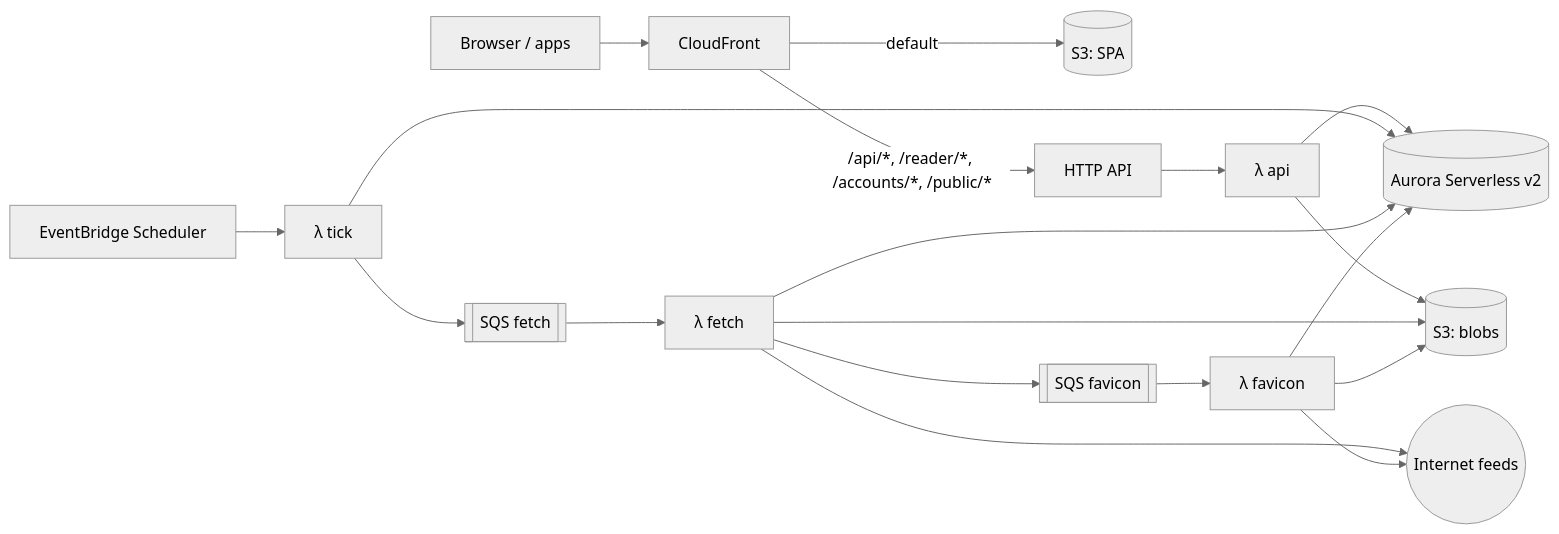
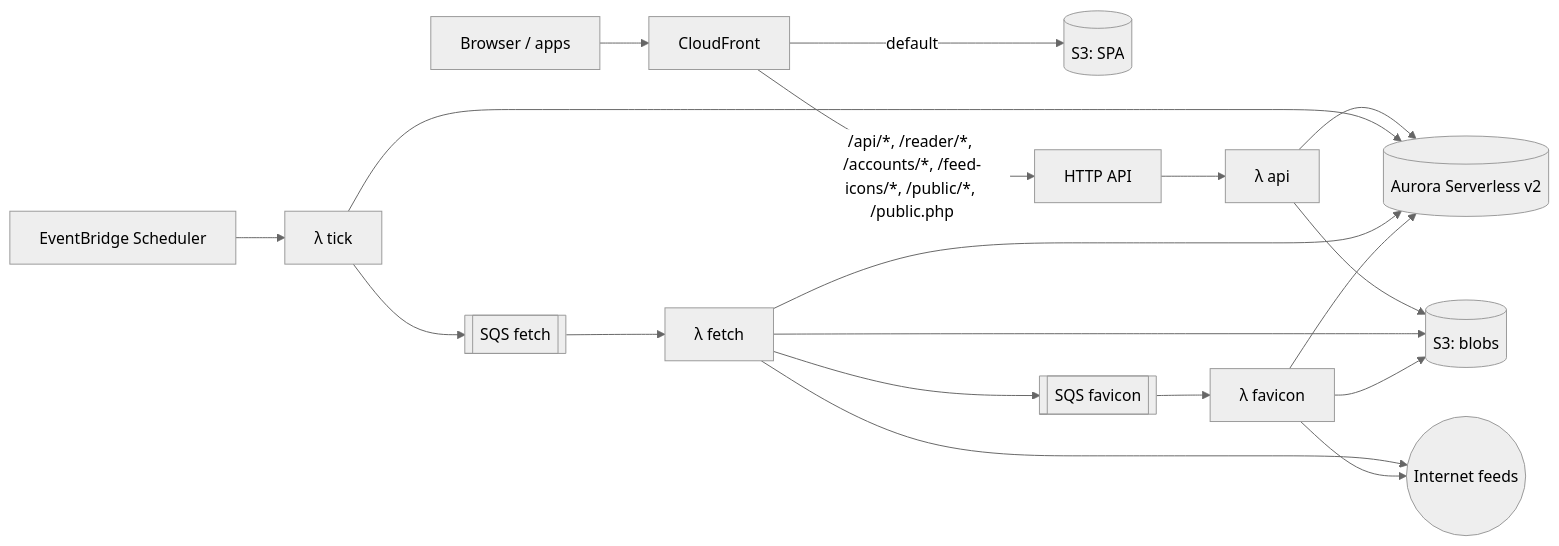
One commit to newses-app/newses changed the diagram in docs/architecture.md. Above: the diagram before and after it, drawn with Mermaid (neutral theme). The commit also changed other lines of this file and 25 other files, not shown here.

````diff
--- a/docs/architecture.md
+++ b/docs/architecture.md
@@ -288,12 +293,12 @@
 ```mermaid
 flowchart LR
   U[Browser / apps] --> CF[CloudFront]
   CF -- default --> S3W[(S3: SPA)]
-  CF -- "/api/*, /reader/*, /accounts/*, /public/*" --> API[HTTP API] --> FA[λ api]
+  CF -- "/api/*, /reader/*, /accounts/*, /feed-icons/*, /public/*, /public.php" --> API[HTTP API] --> FA[λ api]
   EB[EventBridge Scheduler] --> FT[λ tick]
   FT --> QF[[SQS fetch]] --> FF[λ fetch]
   FF --> QI[[SQS favicon]] --> FI[λ favicon]
   FA & FT & FF & FI --> DB[(Aurora Serverless v2)]
   FA & FF & FI --> S3B[(S3: blobs)]
   FF & FI --> NET((Internet feeds))
 ```
````
